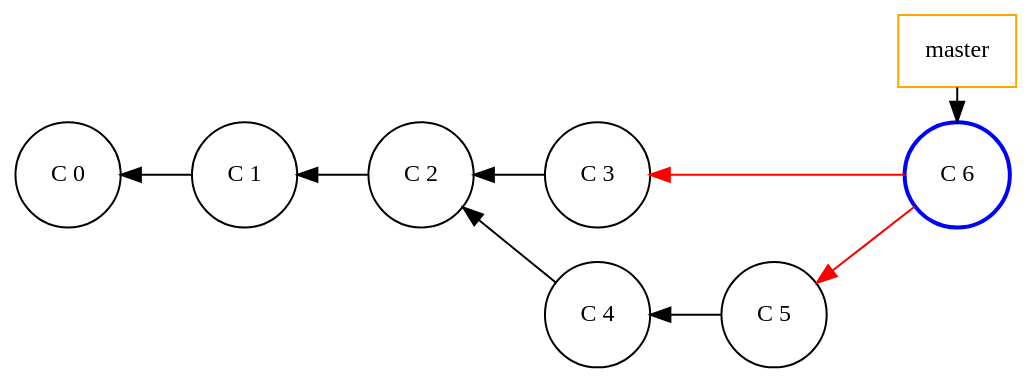
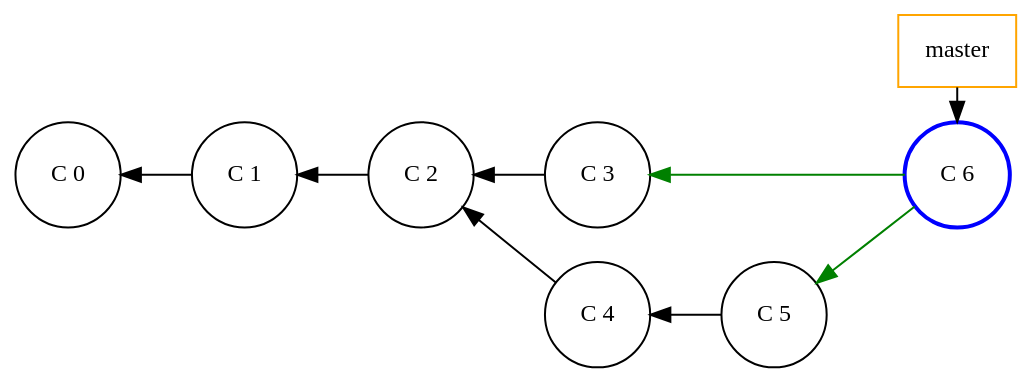
One commit to Gepardec/git-training changed the diagram in slides/intro/src/docs/asciidoc/graphviz/git-merge-conflict-2.dot. Above: the diagram before and after it, drawn with Graphviz. The commit also changed 8 other files, not shown here.

```diff
--- a/slides/intro/src/docs/asciidoc/graphviz/git-merge-conflict-2.dot
+++ b/slides/intro/src/docs/asciidoc/graphviz/git-merge-conflict-2.dot
@@ -1,38 +1,39 @@
 digraph git_merge_fast_fwd {
     splines=line
     rankdir=LR
     bgcolor=transparent
 
     node[width=0.3, shape=rect,fontsize=12.0, style="", color=orange]
     edge[dir=back, style=""]
     master [label="master"]
 
     node[shape=circle,fontsize=12.0, style="", color=""]
     edge[dir=back, style=""]
 
     c_0 [label="C 0", group=master]
     c_1 [label="C 1", group=master]
     c_2 [label="C 2", group=master]
     c_3 [label="C 3", group=master]
     c_4 [label="C 4", group=branch]
     c_5 [label="C 5", group=branch]
 
     /* Marked nodes */
     node[shape=circle, color=blue, style=bold]
     c_6 [label="C 6", group=master]
 
     edge[style=""]
     c_0 -> c_1 -> c_2
     c_2 -> c_3
     c_2 -> c_4
 
     edge[color=""]
     master -> c_6 [dir=""]
 
     c_4 -> c_5
-    c_3 -> c_6 [color=red]
-    c_5 -> c_6 [color=red]
+    edge[color=green]
+    c_3 -> c_6
+    c_5 -> c_6
 
     {rank=same; c_3 c_4 }
     {rank=same; master c_6 }
 }
```
